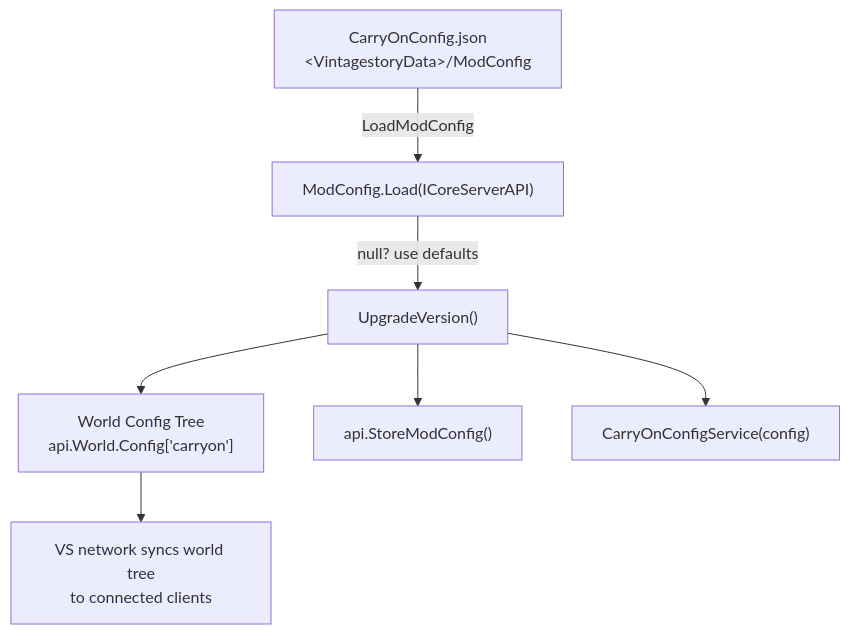
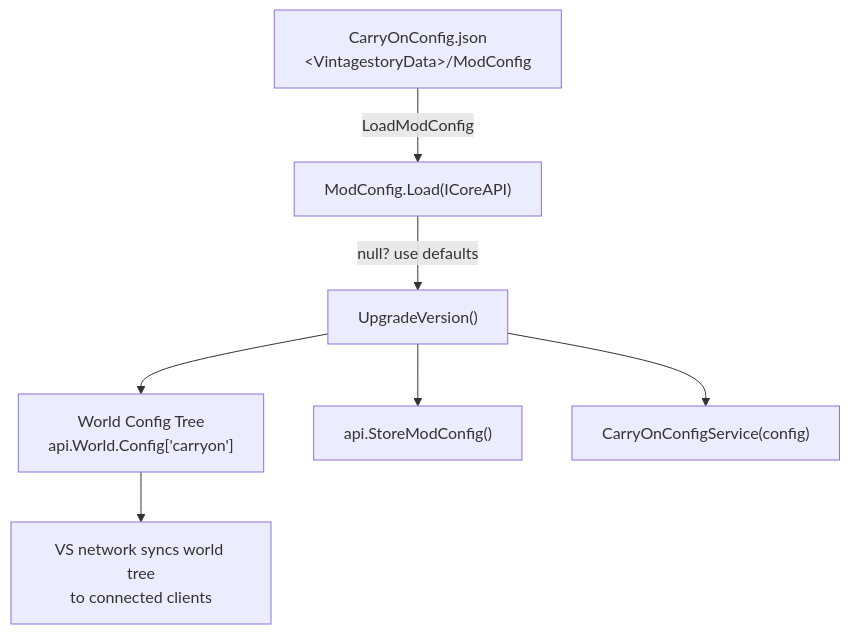
Before and after one commit to NerdScurvy/CarryOn: the first of 7 diagrams in docs/technical-overview/config-initialization-and-flow.md, drawn with Mermaid. The commit also changed other lines of this file and 8 other files, not shown here.

````diff
--- a/docs/technical-overview/config-initialization-and-flow.md
+++ b/docs/technical-overview/config-initialization-and-flow.md
@@ -54,17 +57,17 @@
 ```mermaid
 flowchart TD
     disk["CarryOnConfig.json<br>&lt;VintagestoryData&gt;/ModConfig"]
-    load["ModConfig.Load(ICoreServerAPI)"]
+    load["ModConfig.Load(ICoreAPI)"]
     upgrade["UpgradeVersion()"]
     worldTree["World Config Tree<br>api.World.Config['carryon']"]
     store["api.StoreModConfig()"]
     configService["CarryOnConfigService(config)"]
     clientSync["VS network syncs world tree<br>to connected clients"]
 
     disk -->|LoadModConfig| load
     load -->|null? use defaults| upgrade
     upgrade --> configService
     upgrade --> store
     upgrade --> worldTree
     worldTree --> clientSync
 ```
````
